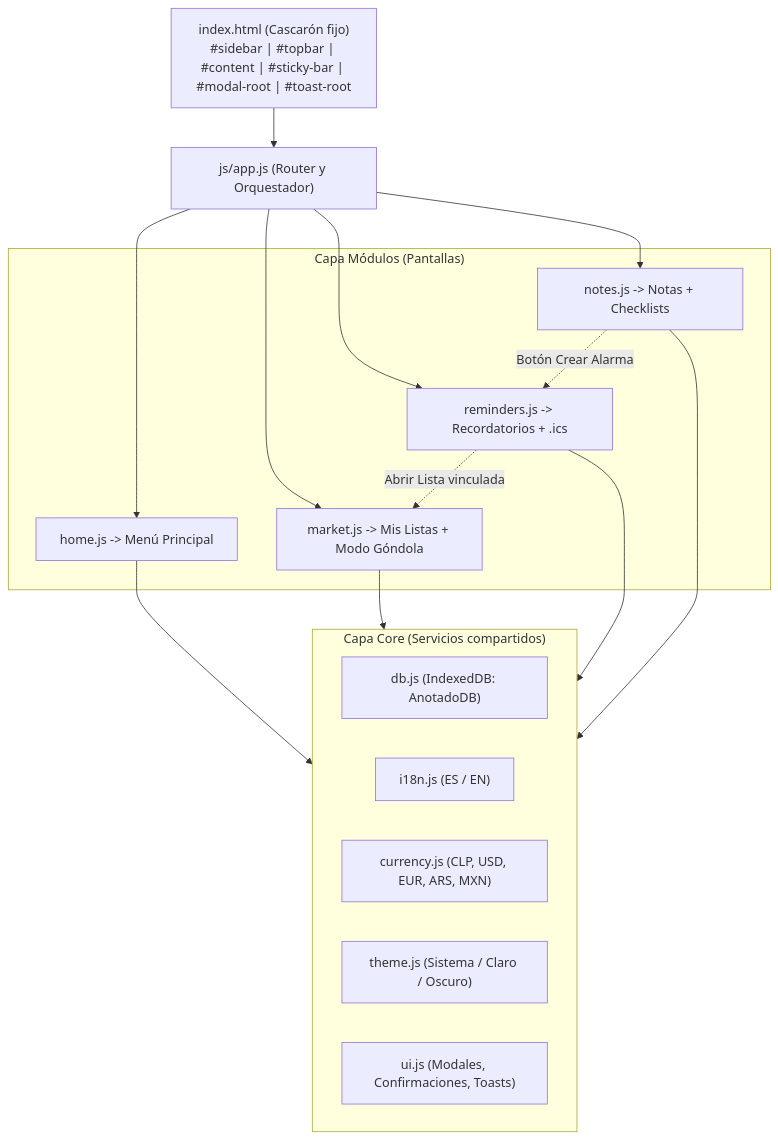
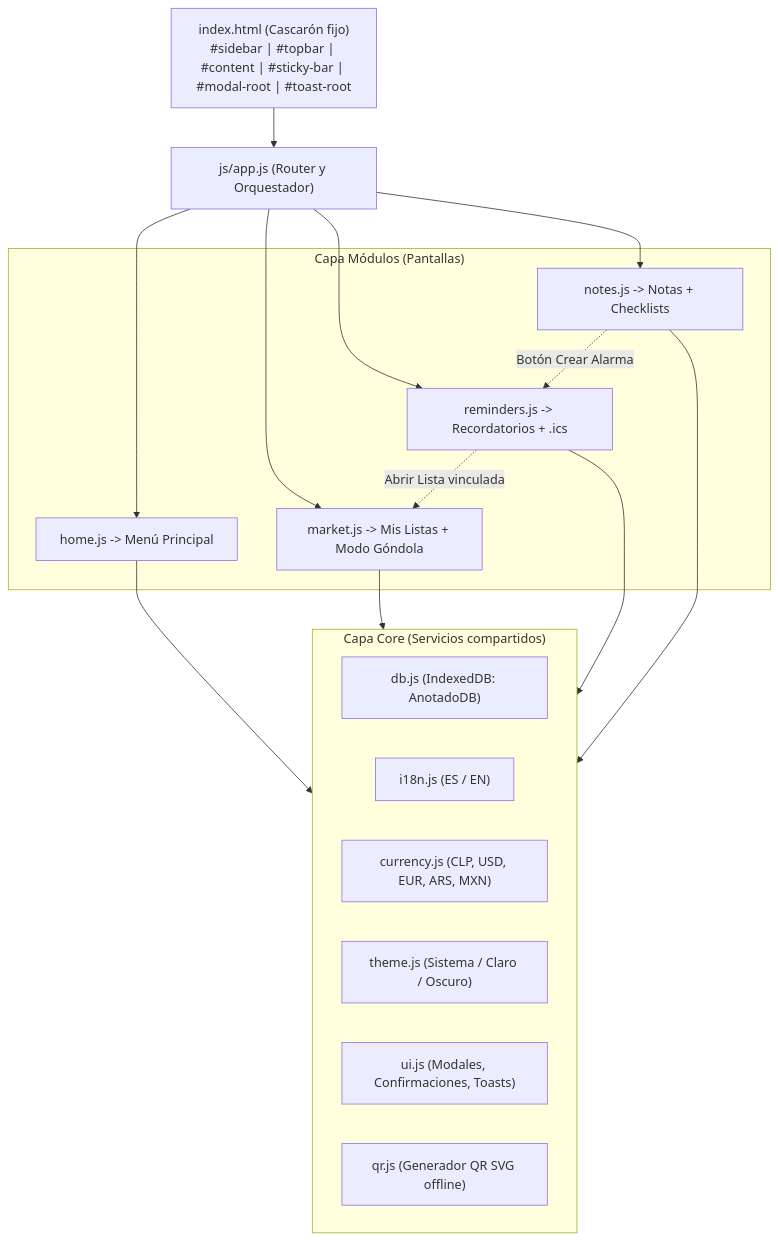
One commit to dnavarg/anotado changed the diagram in docs/ui-dictionary.md. Above: the diagram before and after it, drawn with Mermaid. The commit also changed other lines of this file and 8 other files, not shown here.

````diff
--- a/docs/ui-dictionary.md
+++ b/docs/ui-dictionary.md
@@ -9,32 +9,33 @@
 ```mermaid
 flowchart TD
     HTML["index.html (Cascarón fijo)\n#sidebar | #topbar | #content | #sticky-bar | #modal-root | #toast-root"] --> APP["js/app.js (Router y Orquestador)"]
 
     subgraph Core["Capa Core (Servicios compartidos)"]
         DB["db.js (IndexedDB: AnotadoDB)"]
         I18N["i18n.js (ES / EN)"]
         CURR["currency.js (CLP, USD, EUR, ARS, MXN)"]
         THEME["theme.js (Sistema / Claro / Oscuro)"]
         UI["ui.js (Modales, Confirmaciones, Toasts)"]
+        QR["qr.js (Generador QR SVG offline)"]
     end
 
     subgraph Modules["Capa Módulos (Pantallas)"]
         HOME["home.js -> Menú Principal"]
         MKT["market.js -> Mis Listas + Modo Góndola"]
         REM["reminders.js -> Recordatorios + .ics"]
         NOTE["notes.js -> Notas + Checklists"]
     end
 
     APP --> HOME
     APP --> MKT
     APP --> REM
     APP --> NOTE
 
     HOME --> Core
     MKT --> Core
     REM --> Core
     NOTE --> Core
 
     NOTE -. "Botón Crear Alarma" .-> REM
     REM -. "Abrir Lista vinculada" .-> MKT
 ```
````
